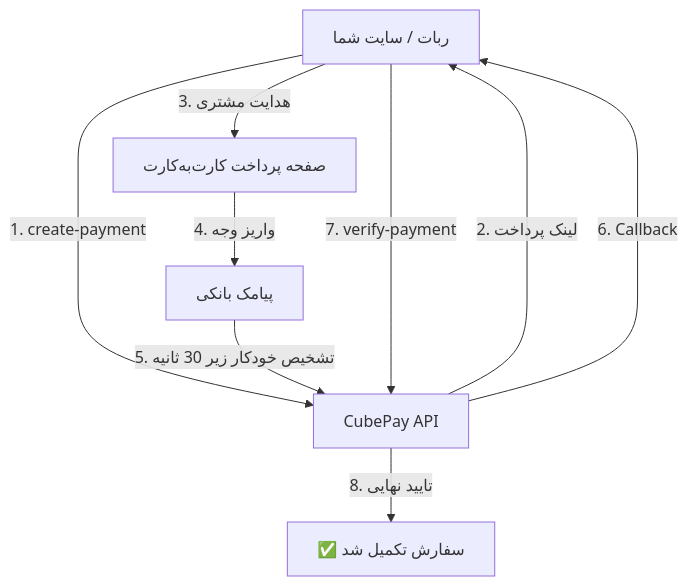
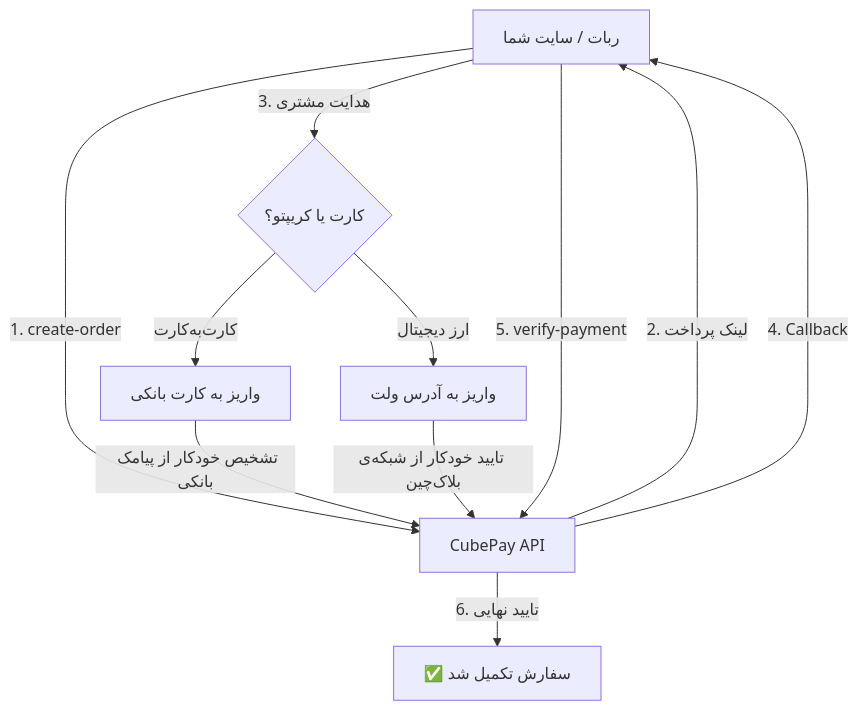
One commit to cubepy/cubepay-doc changed the diagram in README.md. Above: the diagram before and after it, drawn with Mermaid. The commit also changed other lines of this file, not shown here.

````diff
--- a/README.md
+++ b/README.md
@@ -101,11 +111,13 @@
 ```mermaid
 flowchart TD
-    A[ربات / سایت شما] -->|"1. create-payment"| B[CubePay API]
+    A[ربات / سایت شما] -->|"1. create-order"| B[CubePay API]
     B -->|"2. لینک پرداخت"| A
-    A -->|"3. هدایت مشتری"| C[صفحه پرداخت کارت‌به‌کارت]
-    C -->|"4. واریز وجه"| D[پیامک بانکی]
-    D -->|"5. تشخیص خودکار زیر 30 ثانیه"| B
-    B -->|"6. Callback"| A
-    A -->|"7. verify-payment"| B
-    B -->|"8. تایید نهایی"| E[✅ سفارش تکمیل شد]
+    A -->|"3. هدایت مشتری"| C{کارت یا کریپتو؟}
+    C -->|کارت‌به‌کارت| D1[واریز به کارت بانکی]
+    C -->|ارز دیجیتال| D2[واریز به آدرس ولت]
+    D1 -->|"تشخیص خودکار از پیامک بانکی"| B
+    D2 -->|"تایید خودکار از شبکه‌ی بلاک‌چین"| B
+    B -->|"4. Callback"| A
+    A -->|"5. verify-payment"| B
+    B -->|"6. تایید نهایی"| E[✅ سفارش تکمیل شد]
 ```
````
